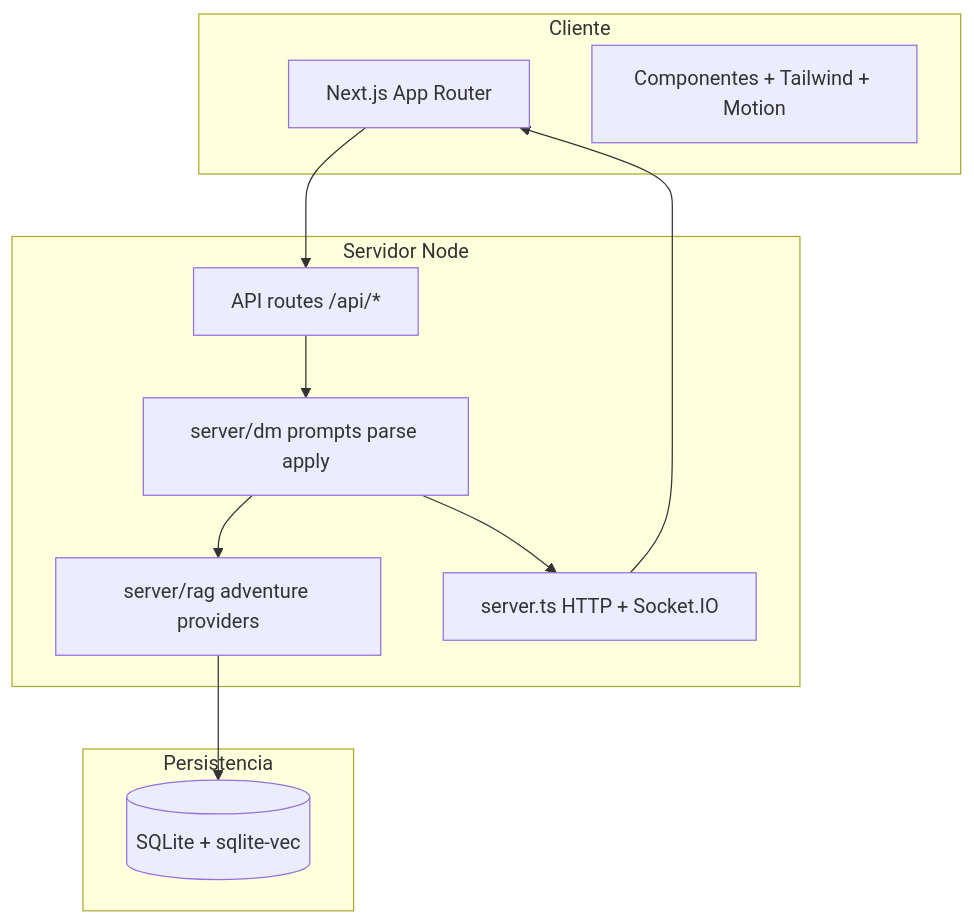
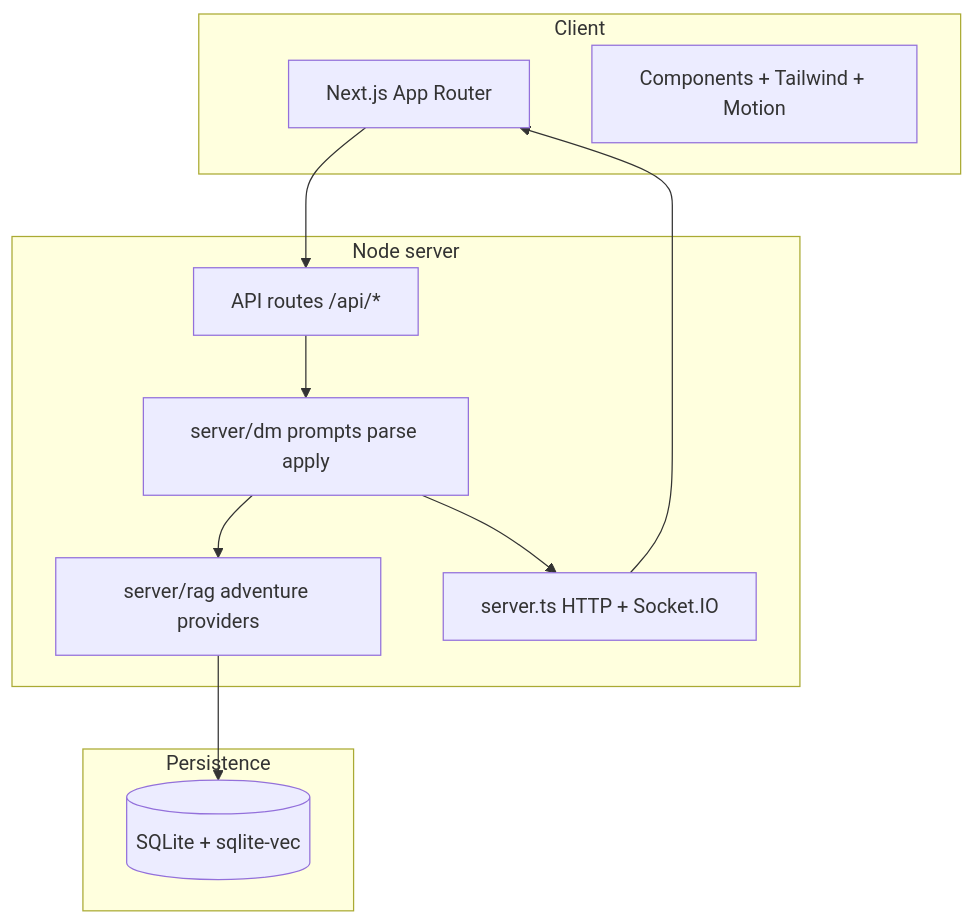
The second of 2 diagrams in README.md (quieloworks/AI-DMa), drawn with Mermaid before and after one commit. The commit also changed other lines of this file and 1 other file, not shown here.

````diff
--- a/README.md
+++ b/README.md
@@ -178,22 +178,22 @@
 ```mermaid
 flowchart TB
-  subgraph client [Cliente]
+  subgraph client [Client]
     A[Next.js App Router]
-    B[Componentes + Tailwind + Motion]
+    B[Components + Tailwind + Motion]
   end
-  subgraph server [Servidor Node]
+  subgraph server [Node server]
     C[server.ts HTTP + Socket.IO]
     D[API routes /api/*]
     E[server/dm prompts parse apply]
     F[server/rag adventure providers]
   end
-  subgraph data [Persistencia]
+  subgraph data [Persistence]
     G[(SQLite + sqlite-vec)]
   end
   A --> D
   D --> E
   E --> F
   F --> G
   C --> A
   E --> C
 ```
````
